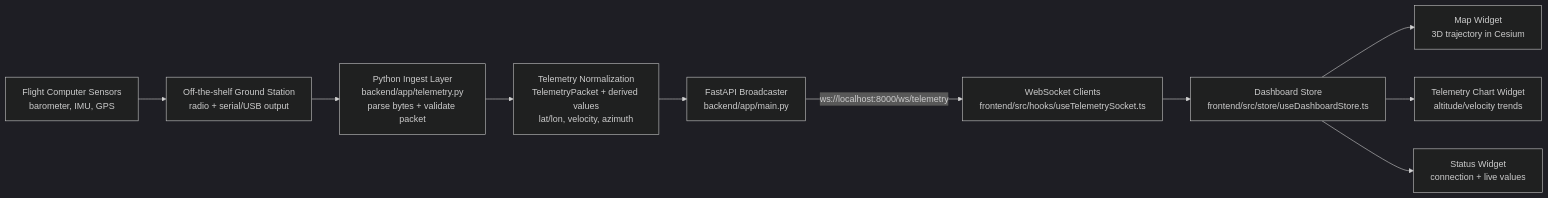
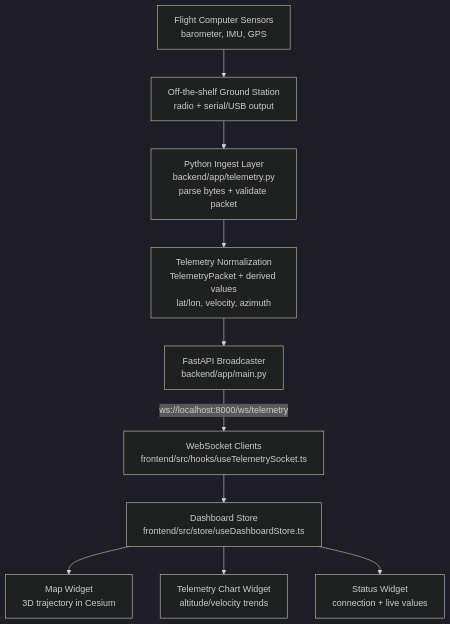
One commit to lehangajanayake/ARD changed the diagram in README.md. Above: the diagram before and after it, drawn with Mermaid (dark theme). The commit also changed 14 other files, not shown here.

````diff
--- a/README.md
+++ b/README.md
@@ -49,12 +49,12 @@
 ```mermaid
-flowchart LR
+flowchart TD
   A[Flight Computer Sensors<br/>barometer, IMU, GPS] --> B[Off-the-shelf Ground Station<br/>radio + serial/USB output]
   B --> C[Python Ingest Layer<br/>backend/app/telemetry.py<br/>parse bytes + validate packet]
   C --> D[Telemetry Normalization<br/>TelemetryPacket + derived values<br/>lat/lon, velocity, azimuth]
   D --> E[FastAPI Broadcaster<br/>backend/app/main.py]
   E -->|ws://localhost:8000/ws/telemetry| F[WebSocket Clients<br/>frontend/src/hooks/useTelemetrySocket.ts]
   F --> G[Dashboard Store<br/>frontend/src/store/useDashboardStore.ts]
   G --> H1[Map Widget<br/>3D trajectory in Cesium]
   G --> H2[Telemetry Chart Widget<br/>altitude/velocity trends]
   G --> H3[Status Widget<br/>connection + live values]
 ```
````
